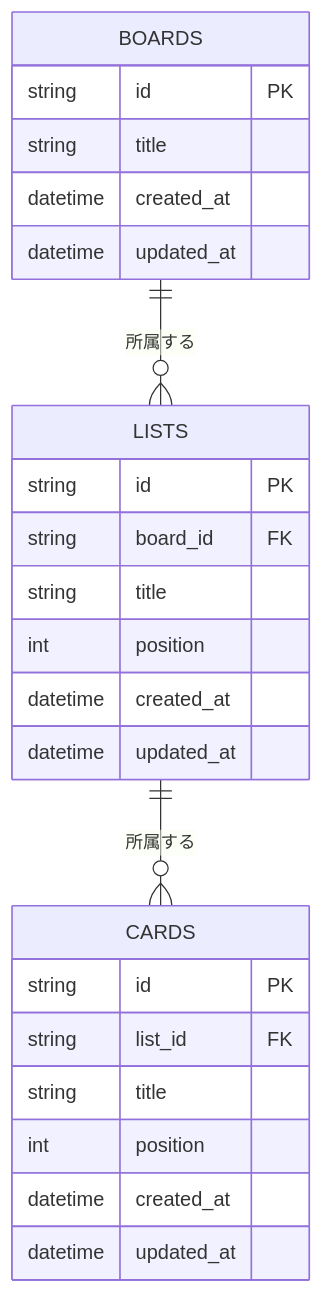
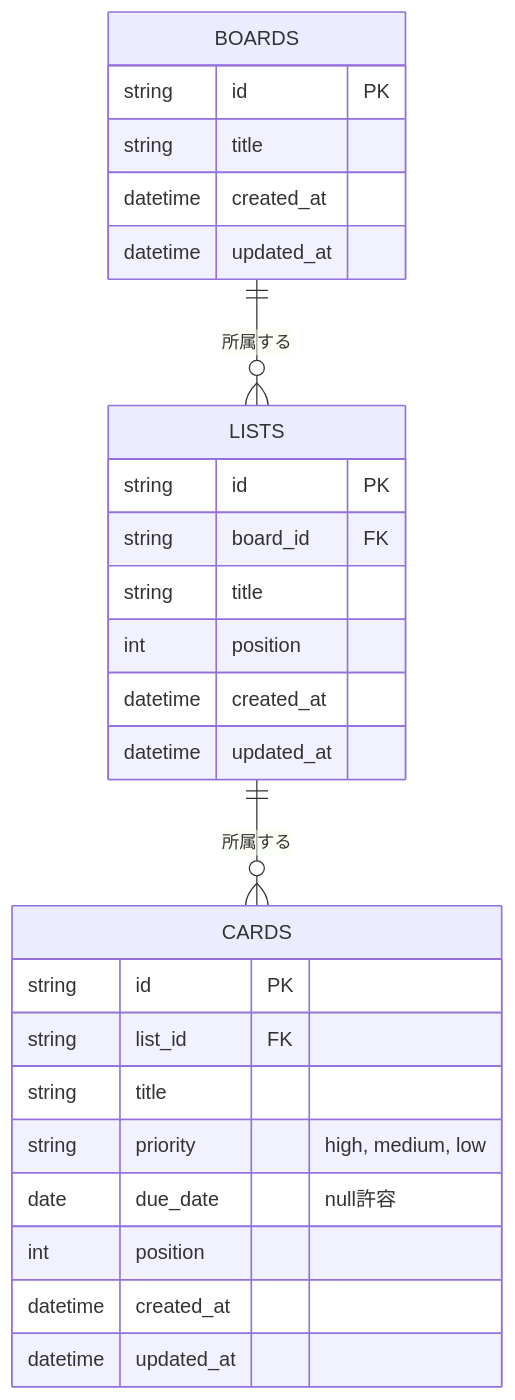
One commit to masatsumaple-creator/task-management changed the diagram in docs/requirements/data-model.md. Above: the diagram before and after it, drawn with Mermaid. The commit also changed other lines of this file and 4 other files, not shown here.

First line of the commit message:
Document priority and due date in requirements

````diff
--- a/docs/requirements/data-model.md
+++ b/docs/requirements/data-model.md
@@ -29,28 +36,30 @@
 ```mermaid
 erDiagram
   BOARDS ||--o{ LISTS : "所属する"
   LISTS ||--o{ CARDS : "所属する"
 
   BOARDS {
     string id PK
     string title
     datetime created_at
     datetime updated_at
   }
   LISTS {
     string id PK
     string board_id FK
     string title
     int position
     datetime created_at
     datetime updated_at
   }
   CARDS {
     string id PK
     string list_id FK
     string title
+    string priority "high, medium, low"
+    date due_date "null許容"
     int position
     datetime created_at
     datetime updated_at
   }
 ```
````
